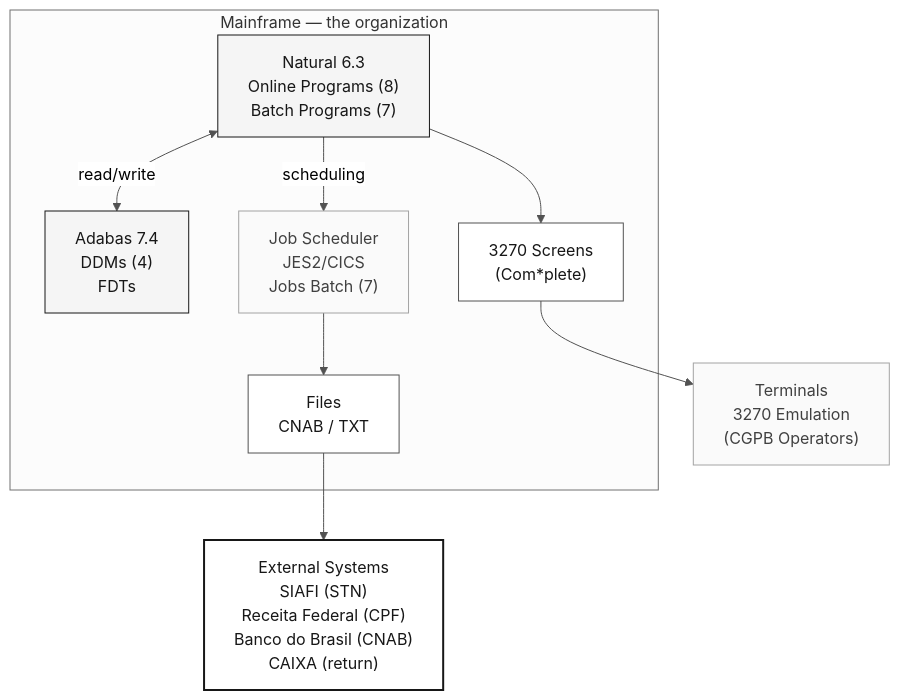
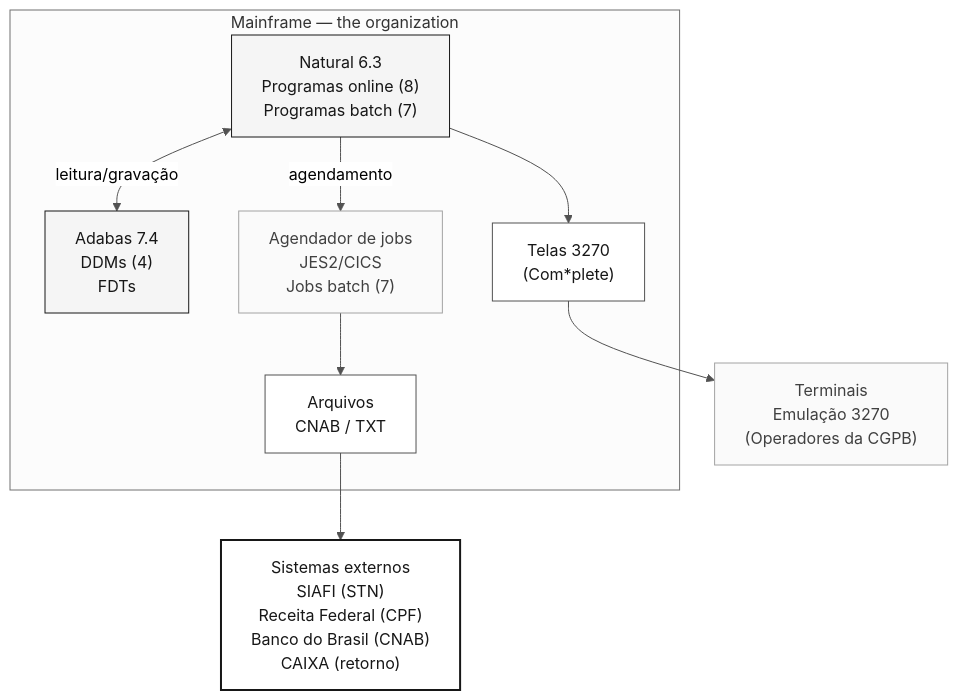
Before and after one commit to workshop-gbb/datacorp-sifap-legacy: the diagram in 01-archaeology/legacy-sifap/README.md, drawn with Mermaid. The commit also changed other lines of this file and 11 other files, not shown here.

````diff
--- a/01-archaeology/legacy-sifap/README.md
+++ b/01-archaeology/legacy-sifap/README.md
@@ -95,21 +96,21 @@
 ```mermaid
 %%{init: {'theme':'neutral','themeVariables':{'fontFamily':'ui-sans-serif, system-ui, sans-serif','primaryColor':'#F5F5F5','primaryTextColor':'#171717','primaryBorderColor':'#171717','lineColor':'#525252','secondaryColor':'#FFFFFF','tertiaryColor':'#FAFAFA','background':'#FFFFFF'}}}%%
 flowchart TB
     classDef step fill:#F5F5F5,stroke:#171717,color:#171717
     classDef alt fill:#FFFFFF,stroke:#525252,color:#171717
     classDef muted fill:#FAFAFA,stroke:#A3A3A3,color:#404040
     classDef result fill:#FFFFFF,stroke:#171717,color:#171717,stroke-width:2px
 
     subgraph MF["Mainframe — the organization"]
-        NAT["Natural 6.3<br/>Online Programs (8)<br/>Batch Programs (7)"]:::step
+        NAT["Natural 6.3<br/>Programas online (8)<br/>Programas batch (7)"]:::step
         ADA["Adabas 7.4<br/>DDMs (4)<br/>FDTs"]:::step
-        JES["Job Scheduler<br/>JES2/CICS<br/>Jobs Batch (7)"]:::muted
-        NAT <-->|"read/write"| ADA
-        NAT -->|"scheduling"| JES
-        NAT --> T3270["3270 Screens<br/>(Com*plete)"]:::alt
-        JES --> ARQ["Files<br/>CNAB / TXT"]:::alt
+        JES["Agendador de jobs<br/>JES2/CICS<br/>Jobs batch (7)"]:::muted
+        NAT <-->|"leitura/gravação"| ADA
+        NAT -->|"agendamento"| JES
+        NAT --> T3270["Telas 3270<br/>(Com*plete)"]:::alt
+        JES --> ARQ["Arquivos<br/>CNAB / TXT"]:::alt
     end
 
-    T3270 --> OP["Terminals<br/>3270 Emulation<br/>(CGPB Operators)"]:::muted
-    ARQ --> EXT["External Systems<br/>SIAFI (STN)<br/>Receita Federal (CPF)<br/>Banco do Brasil (CNAB)<br/>CAIXA (return)"]:::result
+    T3270 --> OP["Terminais<br/>Emulação 3270<br/>(Operadores da CGPB)"]:::muted
+    ARQ --> EXT["Sistemas externos<br/>SIAFI (STN)<br/>Receita Federal (CPF)<br/>Banco do Brasil (CNAB)<br/>CAIXA (retorno)"]:::result
 ```
````
